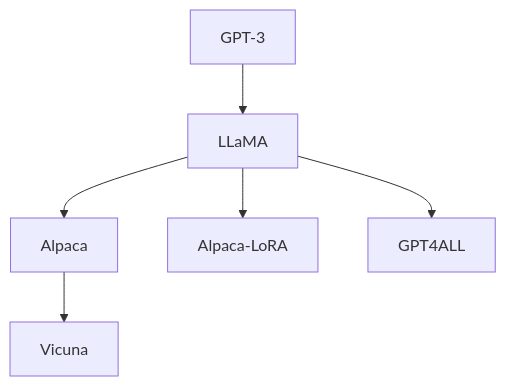
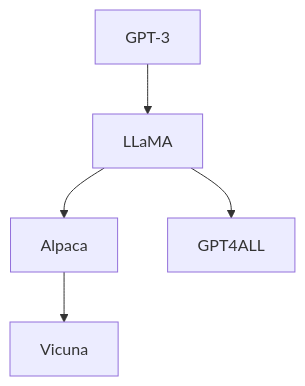
One commit to ted-sharp/chatvox changed diagram 15 of 18 in doc/llm.md. Above: the diagram before and after it, drawn with Mermaid. The commit also changed other lines of this file, not shown here.

````diff
--- a/doc/llm.md
+++ b/doc/llm.md
@@ -683,8 +693,7 @@
 ```mermaid
 flowchart
 
 GPT-3 --> LLaMA --> Alpaca --> Vicuna
-LLaMA --> Alpaca-LoRA
 LLaMA --> GPT4ALL
 
 ```
````
